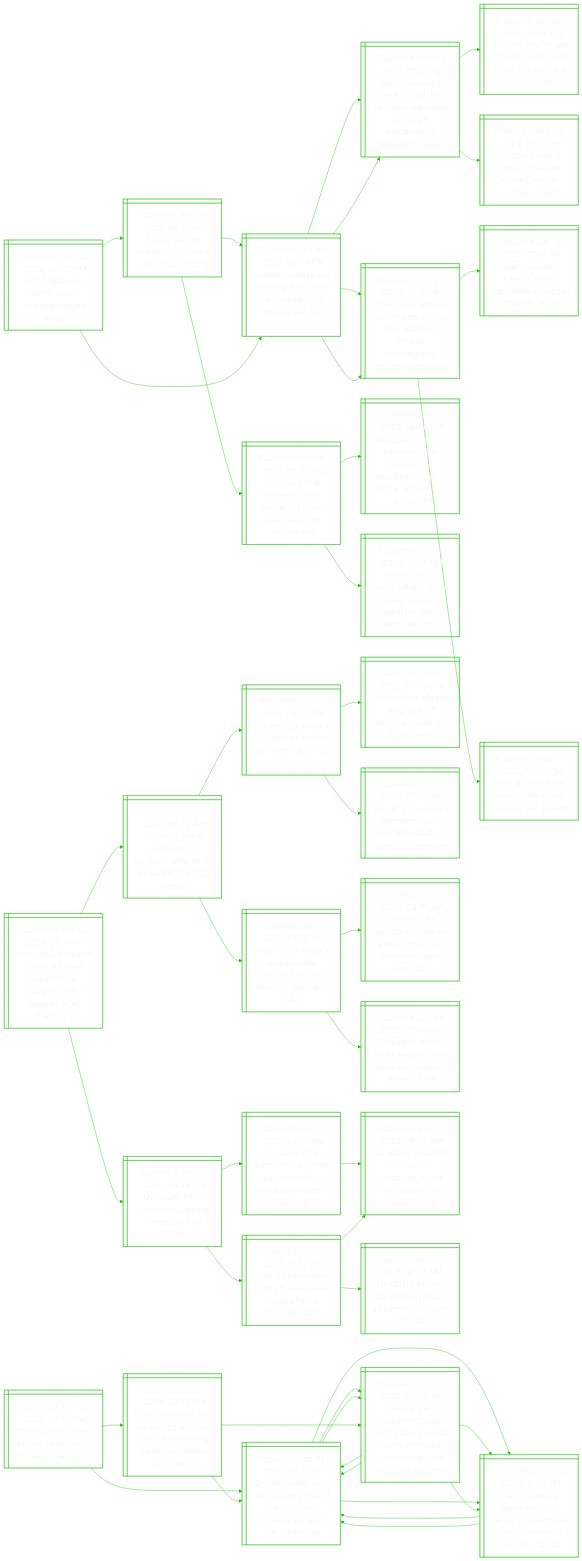
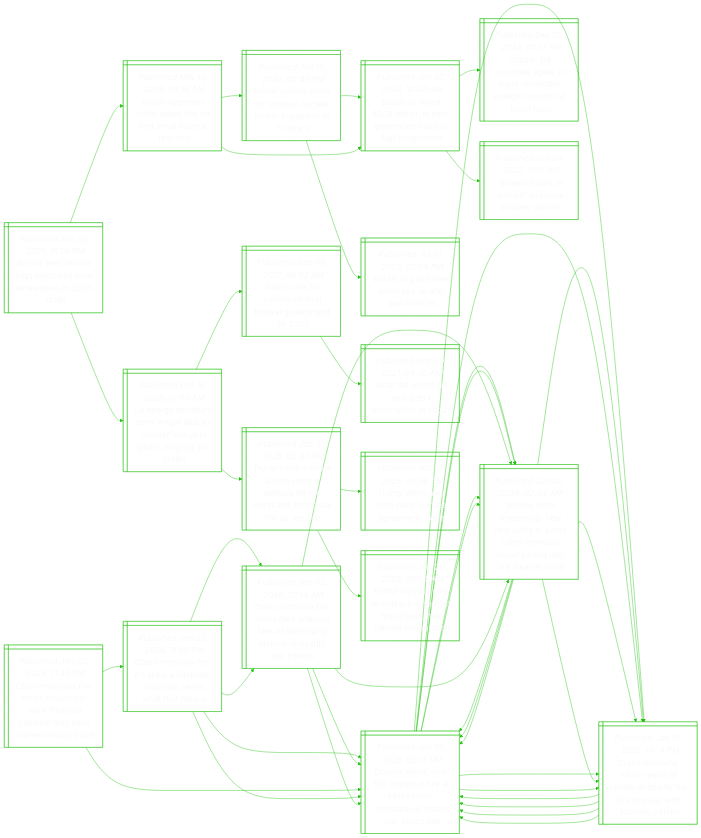
Before and after one commit to notJmes/notJmes: the diagram in README.md, drawn with Mermaid. The commit also changed other lines of this file, not shown here.

````diff
--- a/README.md
+++ b/README.md
@@ -16,97 +16,8 @@
 flowchart LR
 classDef txtsize font-size:20px;
 
-Dlvetegod@{ shape: win-pane, label: "_Published Jan 02, 2026, 06:20 PM_
-Dog helps save owner lost in freezing oregon woods" }
-yartgasml@{ shape: win-pane, label: "_Published Dec 30, 2025, 06:30 PM_
-7-year wait for shelter dog, then a christmas miracle" }
-UeetiwMusmndtyc@{ shape: win-pane, label: "_Published Dec 09, 2025, 03:00 PM_
-‘unable to sleep not knowing how he is’: man reunites with missing pet dog after 2-day search" }
-Nsisotartblnntmat@{ shape: win-pane, label: "_Published Nov 03, 2025, 07:43 PM_
-Nparks probing case of dog that died after reportedly being left unattended at grooming facility" }
-Knrynaisddkeaieoh@{ shape: win-pane, label: "_Published Jun 27, 2025, 01:30 PM_
-Kitten reportedly put in container in tuas now adopted, nparks ‘investigating incident thoroughly’" }
-Hotumubbkcer@{ shape: win-pane, label: "_Published Oct 06, 2025, 05:30 PM_
-‘hero dog’ that rescued family during big cebu quake rescued, recovering" }
-Rensvfhpdiunadle@{ shape: win-pane, label: "_Published Oct 01, 2025, 06:26 AM_
-Rescuers hunt for survivors after philippines’ deadliest quake in over a decade kills at least 69" }
-Worrlearreratlb@{ shape: win-pane, label: "_Published Oct 02, 2025, 12:45 PM_
-‘wiped out our entire village’: cebu quake survivors appeal for help as death toll climbs" }
-UeetiwMusmndtyc@{ shape: win-pane, label: "_Published Dec 09, 2025, 03:00 PM_
-‘unable to sleep not knowing how he is’: man reunites with missing pet dog after 2-day search" }
-Nsisotartblnntmat@{ shape: win-pane, label: "_Published Nov 03, 2025, 07:43 PM_
-Nparks probing case of dog that died after reportedly being left unattended at grooming facility" }
-fogefdcotae@{ shape: win-pane, label: "_Published Apr 08, 2025, 02:35 PM_
-$10,000 fine for pet groomer who failed to secure dog that fell and died" }
-Nsidhekoos@{ shape: win-pane, label: "_Published Nov 06, 2024, 10:30 PM_
-Nparks probing video of handler kicking dog on coney island" }
-Knrynaisddkeaieoh@{ shape: win-pane, label: "_Published Jun 27, 2025, 01:30 PM_
-Kitten reportedly put in container in tuas now adopted, nparks ‘investigating incident thoroughly’" }
-NsisirtseonT@{ shape: win-pane, label: "_Published Jun 26, 2025, 12:07 PM_
-Nparks probing case of kitten reportedly stuffed in container in tuas" }
-Wsdnenaee@{ shape: win-pane, label: "_Published May 17, 2025, 03:00 PM_
-Why we should be concerned when animals are abused" }
-
-Dlvetegod:::txtsize --> yartgasml:::txtsize
-yartgasml:::txtsize --> UeetiwMusmndtyc:::txtsize
-UeetiwMusmndtyc:::txtsize --> Nsisotartblnntmat:::txtsize
-UeetiwMusmndtyc:::txtsize --> Knrynaisddkeaieoh:::txtsize
-yartgasml:::txtsize --> Hotumubbkcer:::txtsize
-Hotumubbkcer:::txtsize --> Rensvfhpdiunadle:::txtsize
-Hotumubbkcer:::txtsize --> Worrlearreratlb:::txtsize
-Dlvetegod:::txtsize --> UeetiwMusmndtyc:::txtsize
-UeetiwMusmndtyc:::txtsize --> Nsisotartblnntmat:::txtsize
-Nsisotartblnntmat:::txtsize --> fogefdcotae:::txtsize
-Nsisotartblnntmat:::txtsize --> Nsidhekoos:::txtsize
-UeetiwMusmndtyc:::txtsize --> Knrynaisddkeaieoh:::txtsize
-Knrynaisddkeaieoh:::txtsize --> NsisirtseonT:::txtsize
-Knrynaisddkeaieoh:::txtsize --> Wsdnenaee:::txtsize
-
-VuMoslrtutkirak@{ shape: win-pane, label: "_Published Jan 02, 2026, 06:14 PM_
-Venezuela’s maduro holds out olive branch to us, suggests talks against drug trafficking" }
-Usrrfrreiscrs@{ shape: win-pane, label: "_Published Jan 01, 2026, 06:44 AM_
-Us coast guard searches for survivors after strike on suspected drug vessels" }
-Irseravrrfas@{ shape: win-pane, label: "_Published Oct 17, 2025, 08:00 AM_
-In a first, us strike in caribbean leaves survivors, us official says" }
-UiaegonllTs@{ shape: win-pane, label: "_Published Oct 15, 2025, 04:50 AM_
-Us strike on alleged drug boat off venezuela kills six, trump says" }
-UuCiboontnls@{ shape: win-pane, label: "_Published Oct 11, 2025, 07:58 AM_
-Un security council members voice concern about us-venezuela tensions" }
-Voiriorrlisms@{ shape: win-pane, label: "_Published Dec 05, 2025, 01:36 AM_
-Video of us military strike shows survivors in ‘clear distress’, lawmaker says" }
-UikperngutVura@{ shape: win-pane, label: "_Published Sep 03, 2025, 04:19 AM_
-Us military kills 11 people in strike on alleged drug boat from venezuela, trump says" }
-PgvaHtrasoei@{ shape: win-pane, label: "_Published Dec 04, 2025, 05:30 AM_
-Pentagon review faults hegseth over signal messages on yemen strikes" }
-Uuennggzse@{ shape: win-pane, label: "_Published Jan 01, 2026, 05:49 AM_
-Us issues fresh sanctions targeting venezuela’s oil sector" }
-Uuennggrmeenik@{ shape: win-pane, label: "_Published Dec 12, 2025, 04:18 AM_
-Us issues fresh sanctions targeting maduro’s family, venezuela-linked oil tankers" }
-Uzlecoeapageo@{ shape: win-pane, label: "_Published Dec 11, 2025, 06:22 AM_
-Us seizes oil tanker off coast of venezuela, trump says, adding ‘we keep’ the oil" }
-Oaohnzakrnee@{ shape: win-pane, label: "_Published Dec 11, 2025, 12:52 PM_
-Over 30 sanctioned ships in venezuela at risk after us tanker seizure" }
-Uzlecoeapageo@{ shape: win-pane, label: "_Published Dec 11, 2025, 06:22 AM_
-Us seizes oil tanker off coast of venezuela, trump says, adding ‘we keep’ the oil" }
-UeoVugartipu@{ shape: win-pane, label: "_Published Nov 24, 2025, 10:38 PM_
-Us labels another venezuelan group as terrorist, ramping up pressure" }
-
-VuMoslrtutkirak:::txtsize --> Usrrfrreiscrs:::txtsize
-Usrrfrreiscrs:::txtsize --> Irseravrrfas:::txtsize
-Irseravrrfas:::txtsize --> UiaegonllTs:::txtsize
-Irseravrrfas:::txtsize --> UuCiboontnls:::txtsize
-Usrrfrreiscrs:::txtsize --> Voiriorrlisms:::txtsize
-Voiriorrlisms:::txtsize --> UikperngutVura:::txtsize
-Voiriorrlisms:::txtsize --> PgvaHtrasoei:::txtsize
-VuMoslrtutkirak:::txtsize --> Uuennggzse:::txtsize
-Uuennggzse:::txtsize --> Uuennggrmeenik:::txtsize
-Uuennggrmeenik:::txtsize --> Uzlecoeapageo:::txtsize
-Uuennggzse:::txtsize --> Oaohnzakrnee:::txtsize
-Oaohnzakrnee:::txtsize --> Uzlecoeapageo:::txtsize
-Oaohnzakrnee:::txtsize --> UeoVugartipu:::txtsize
-
-Ygrdravmire@{ shape: win-pane, label: "_Published Jan 02, 2026, 06:04 PM_
-Young golfer named as first italian victim of swiss bar blaze" }
+CMneiahorrats@{ shape: win-pane, label: "_Published Jan 02, 2026, 11:40 PM_
+Crans-montana fire: it’s likely a flashover occurred. here’s what that means" }
 Dserrftssairpe@{ shape: win-pane, label: "_Published Jan 01, 2026, 02:15 PM_
 Dozens killed, over 100 injured in fire at swiss crans-montana ski resort bar, police say" }
 CMnsoceaaeltrcs@{ shape: win-pane, label: "_Published Jan 01, 2026, 11:24 PM_
@@ -136,14 +47,14 @@
 CMnsoceaaeltrcs@{ shape: win-pane, label: "_Published Jan 01, 2026, 11:24 PM_
 Crans-montana: swiss resort at centre of deadly bar fire popular with tourists, celebs" }
 
-Ygrdravmire:::txtsize --> Dserrftssairpe:::txtsize
+CMneiahorrats:::txtsize --> Dserrftssairpe:::txtsize
 Dserrftssairpe:::txtsize --> CMnsoceaaeltrcs:::txtsize
 CMnsoceaaeltrcs:::txtsize --> Dserrftssairpe:::txtsize
 CMnsoceaaeltrcs:::txtsize --> Dserrftssairpe:::txtsize
 Dserrftssairpe:::txtsize --> Pesmeryianrteodtn:::txtsize
 Pesmeryianrteodtn:::txtsize --> Dserrftssairpe:::txtsize
 Pesmeryianrteodtn:::txtsize --> CMnsoceaaeltrcs:::txtsize
-Ygrdravmire:::txtsize --> CMnesaukeyisaae:::txtsize
+CMneiahorrats:::txtsize --> CMnesaukeyisaae:::txtsize
 CMnesaukeyisaae:::txtsize --> Dserrftssairpe:::txtsize
 Dserrftssairpe:::txtsize --> CMnsoceaaeltrcs:::txtsize
 Dserrftssairpe:::txtsize --> Pesmeryianrteodtn:::txtsize
@@ -151,4 +62,93 @@
 Pesmeryianrteodtn:::txtsize --> Dserrftssairpe:::txtsize
 Pesmeryianrteodtn:::txtsize --> CMnsoceaaeltrcs:::txtsize
 
+CMneserfanmvreb@{ shape: win-pane, label: "_Published Jan 02, 2026, 11:40 PM_
+Crans-montana fire: swiss prosecutor says ‘fountain candles’ may have started deadly blaze" }
+Dserrftssairpe@{ shape: win-pane, label: "_Published Jan 01, 2026, 02:15 PM_
+Dozens killed, over 100 injured in fire at swiss crans-montana ski resort bar, police say" }
+CMnsoceaaeltrcs@{ shape: win-pane, label: "_Published Jan 01, 2026, 11:24 PM_
+Crans-montana: swiss resort at centre of deadly bar fire popular with tourists, celebs" }
+Dserrftssairpe@{ shape: win-pane, label: "_Published Jan 01, 2026, 02:15 PM_
+Dozens killed, over 100 injured in fire at swiss crans-montana ski resort bar, police say" }
+Dserrftssairpe@{ shape: win-pane, label: "_Published Jan 01, 2026, 02:15 PM_
+Dozens killed, over 100 injured in fire at swiss crans-montana ski resort bar, police say" }
+Pesmeryianrteodtn@{ shape: win-pane, label: "_Published Jan 02, 2026, 02:44 AM_
+‘people were screaming’: new year party at swiss crans-montana resort turned into fire disaster zone" }
+Dserrftssairpe@{ shape: win-pane, label: "_Published Jan 01, 2026, 02:15 PM_
+Dozens killed, over 100 injured in fire at swiss crans-montana ski resort bar, police say" }
+CMnsoceaaeltrcs@{ shape: win-pane, label: "_Published Jan 01, 2026, 11:24 PM_
+Crans-montana: swiss resort at centre of deadly bar fire popular with tourists, celebs" }
+CMneiahorrats@{ shape: win-pane, label: "_Published Jan 02, 2026, 11:40 PM_
+Crans-montana fire: it’s likely a flashover occurred. here’s what that means" }
+Dserrftssairpe@{ shape: win-pane, label: "_Published Jan 01, 2026, 02:15 PM_
+Dozens killed, over 100 injured in fire at swiss crans-montana ski resort bar, police say" }
+CMnsoceaaeltrcs@{ shape: win-pane, label: "_Published Jan 01, 2026, 11:24 PM_
+Crans-montana: swiss resort at centre of deadly bar fire popular with tourists, celebs" }
+Pesmeryianrteodtn@{ shape: win-pane, label: "_Published Jan 02, 2026, 02:44 AM_
+‘people were screaming’: new year party at swiss crans-montana resort turned into fire disaster zone" }
+CMnesaukeyisaae@{ shape: win-pane, label: "_Published Jan 02, 2026, 07:14 AM_
+Crans-montana fire: swiss face arduous task of identifying victims of deadly bar inferno" }
+Dserrftssairpe@{ shape: win-pane, label: "_Published Jan 01, 2026, 02:15 PM_
+Dozens killed, over 100 injured in fire at swiss crans-montana ski resort bar, police say" }
+Pesmeryianrteodtn@{ shape: win-pane, label: "_Published Jan 02, 2026, 02:44 AM_
+‘people were screaming’: new year party at swiss crans-montana resort turned into fire disaster zone" }
+
+CMneserfanmvreb:::txtsize --> Dserrftssairpe:::txtsize
+Dserrftssairpe:::txtsize --> CMnsoceaaeltrcs:::txtsize
+CMnsoceaaeltrcs:::txtsize --> Dserrftssairpe:::txtsize
+CMnsoceaaeltrcs:::txtsize --> Dserrftssairpe:::txtsize
+Dserrftssairpe:::txtsize --> Pesmeryianrteodtn:::txtsize
+Pesmeryianrteodtn:::txtsize --> Dserrftssairpe:::txtsize
+Pesmeryianrteodtn:::txtsize --> CMnsoceaaeltrcs:::txtsize
+CMneserfanmvreb:::txtsize --> CMneiahorrats:::txtsize
+CMneiahorrats:::txtsize --> Dserrftssairpe:::txtsize
+Dserrftssairpe:::txtsize --> CMnsoceaaeltrcs:::txtsize
+Dserrftssairpe:::txtsize --> Pesmeryianrteodtn:::txtsize
+CMneiahorrats:::txtsize --> CMnesaukeyisaae:::txtsize
+CMnesaukeyisaae:::txtsize --> Dserrftssairpe:::txtsize
+CMnesaukeyisaae:::txtsize --> Pesmeryianrteodtn:::txtsize
+
+Bisrhttmwsu@{ shape: win-pane, label: "_Published Jan 02, 2026, 11:06 PM_
+Britain sees record-high electricity from renewables in 2025: study" }
+BirNWsosller@{ shape: win-pane, label: "_Published Nov 13, 2025, 09:16 AM_
+Britain approves north wales site for first small nuclear reactors" }
+Bielogurrnir@{ shape: win-pane, label: "_Published Jan 11, 2024, 02:40 PM_
+Britain unveils plans for ‘biggest nuclear power expansion in 70 years’" }
+Biretodie@{ shape: win-pane, label: "_Published Jul 31, 2023, 03:09 PM_
+Britain to grant new north sea oil and gas licences" }
+Binmoenicfrm@{ shape: win-pane, label: "_Published Jan 07, 2024, 10:40 AM_
+Britain to invest $508 million in next-generation nuclear fuel programme" }
+Binmoenicfrm@{ shape: win-pane, label: "_Published Jan 07, 2024, 10:40 AM_
+Britain to invest $508 million in next-generation nuclear fuel programme" }
+Cueerranthof@{ shape: win-pane, label: "_Published Dec 02, 2023, 03:17 PM_
+Cop28: 118 countries agree to triple renewable energy to push out fossil fuels" }
+DsruasvUn@{ shape: win-pane, label: "_Published Feb 24, 2022, 11:01 AM_
+'darkest hours of europe' as russia invades ukraine" }
+Urcrigtsttgsita@{ shape: win-pane, label: "_Published Feb 18, 2025, 01:00 AM_
+Us energy secretary chris wright attacks ‘sinister’ net-zero goals, singling out britain" }
+Bcfrelrve@{ shape: win-pane, label: "_Published Dec 09, 2021, 06:03 AM_
+Biden calls for carbon-neutral federal government by 2050" }
+WhladciC@{ shape: win-pane, label: "_Published Nov 20, 2021, 05:00 AM_
+What the world did and didn't accomplish at cop26" }
+TsctieekhleitEt@{ shape: win-pane, label: "_Published Jan 21, 2025, 02:40 PM_
+Trump’s anti-climate action steps a setback for the world and especially the us: experts" }
+Twrrriamg@{ shape: win-pane, label: "_Published Jan 21, 2025, 02:36 AM_
+Trump withdraws from paris climate agreement, again" }
+TlunlAcsuaicrn@{ shape: win-pane, label: "_Published Jan 21, 2025, 09:54 AM_
+Trump lays out plan to unleash american fossil fuels, halt climate cooperation" }
+
+Bisrhttmwsu:::txtsize --> BirNWsosller:::txtsize
+BirNWsosller:::txtsize --> Bielogurrnir:::txtsize
+Bielogurrnir:::txtsize --> Biretodie:::txtsize
+Bielogurrnir:::txtsize --> Binmoenicfrm:::txtsize
+BirNWsosller:::txtsize --> Binmoenicfrm:::txtsize
+Binmoenicfrm:::txtsize --> Cueerranthof:::txtsize
+Binmoenicfrm:::txtsize --> DsruasvUn:::txtsize
+Bisrhttmwsu:::txtsize --> Urcrigtsttgsita:::txtsize
+Urcrigtsttgsita:::txtsize --> Bcfrelrve:::txtsize
+Bcfrelrve:::txtsize --> WhladciC:::txtsize
+Urcrigtsttgsita:::txtsize --> TsctieekhleitEt:::txtsize
+TsctieekhleitEt:::txtsize --> Twrrriamg:::txtsize
+TsctieekhleitEt:::txtsize --> TlunlAcsuaicrn:::txtsize
+
 ```
````
